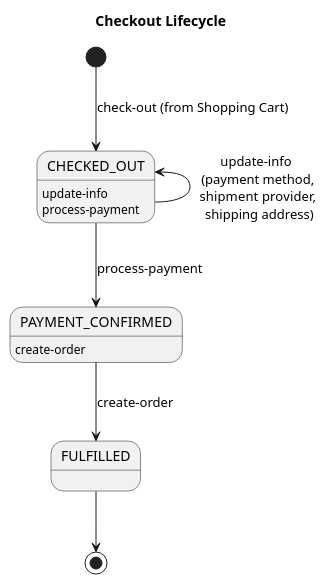
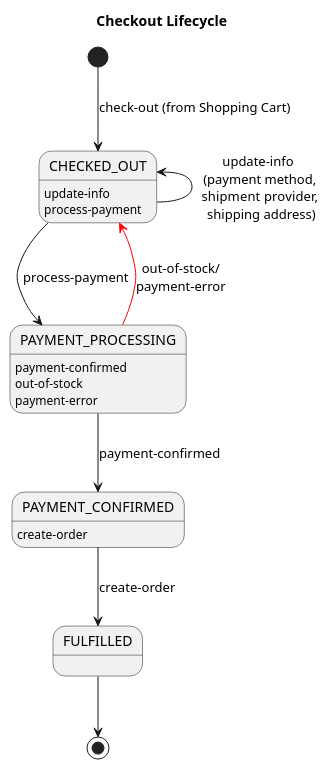
One commit to nashtech-garage/yas changed the diagram in docs/design/order-flows/diagrams/checkout.states.puml. Above: the diagram before and after it, drawn with PlantUML. The commit also changed 4 other files, not shown here.

Commit message:
Update Stock before payment

```diff
--- a/docs/design/order-flows/diagrams/checkout.states.puml
+++ b/docs/design/order-flows/diagrams/checkout.states.puml
@@ -1,14 +1,19 @@
 @startuml Checkout Lifecycle
 
 title Checkout Lifecycle
 [*] --> CHECKED_OUT : check-out (from Shopping Cart)
-CHECKED_OUT -down-> PAYMENT_CONFIRMED: process-payment
 CHECKED_OUT -up-> CHECKED_OUT: update-info \n (payment method, \n shipment provider, \n shipping address)
+CHECKED_OUT -down-> PAYMENT_PROCESSING: process-payment
+PAYMENT_PROCESSING -down-> PAYMENT_CONFIRMED: payment-confirmed
+PAYMENT_PROCESSING -[#red]-> CHECKED_OUT: out-of-stock/\npayment-error
 PAYMENT_CONFIRMED -down-> FULFILLED: create-order
 FULFILLED -down-> [*]
 
 CHECKED_OUT: update-info
 CHECKED_OUT: process-payment
+PAYMENT_PROCESSING: payment-confirmed
+PAYMENT_PROCESSING: out-of-stock
+PAYMENT_PROCESSING: payment-error
 PAYMENT_CONFIRMED: create-order
 
 @enduml
```
